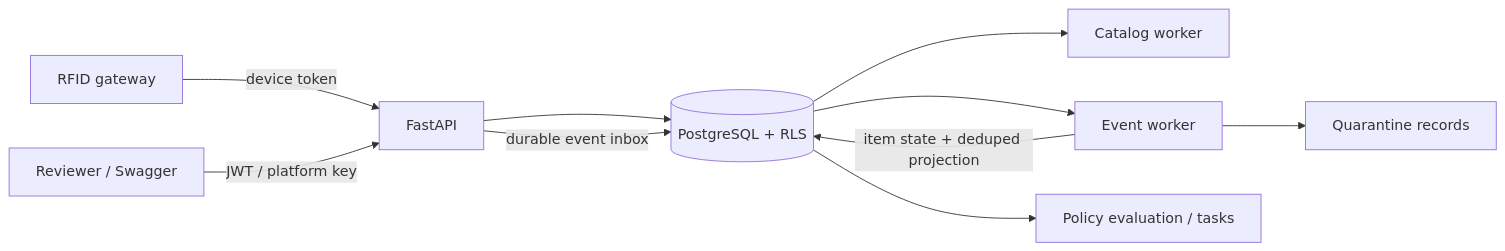
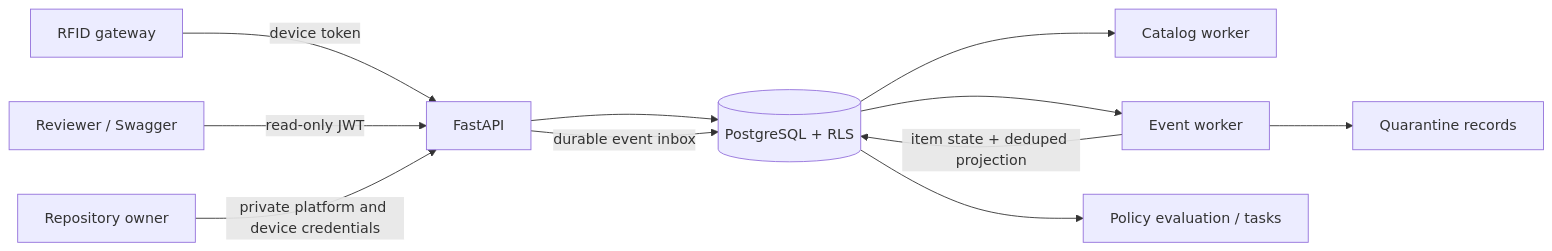
One commit to sushant5/rfid-inventory-replenishment-platform changed the diagram in README.md. Above: the diagram before and after it, drawn with Mermaid. The commit also changed other lines of this file and 4 other files, not shown here.

Commit message:
docs: publish read-only reviewer walkthrough

````diff
--- a/README.md
+++ b/README.md
@@ -78,12 +101,13 @@
 ```mermaid
 flowchart LR
     Gateway[RFID gateway] -->|device token| API[FastAPI]
-    Reviewer[Reviewer / Swagger] -->|JWT / platform key| API
+    Reviewer[Reviewer / Swagger] -->|read-only JWT| API
+    Operator[Repository owner] -->|private platform and device credentials| API
     API --> PG[(PostgreSQL + RLS)]
     API -->|durable event inbox| PG
     PG --> CW[Catalog worker]
     PG --> EW[Event worker]
     EW -->|item state + deduped projection| PG
     EW --> Q[Quarantine records]
     PG --> POLICY[Policy evaluation / tasks]
 ```
````
